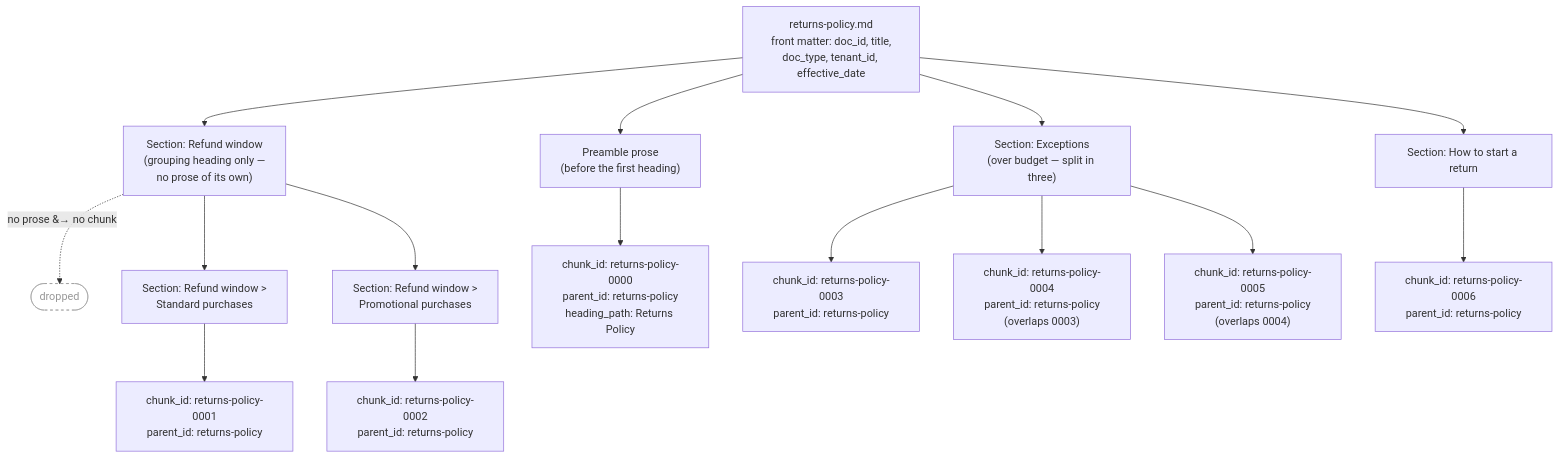
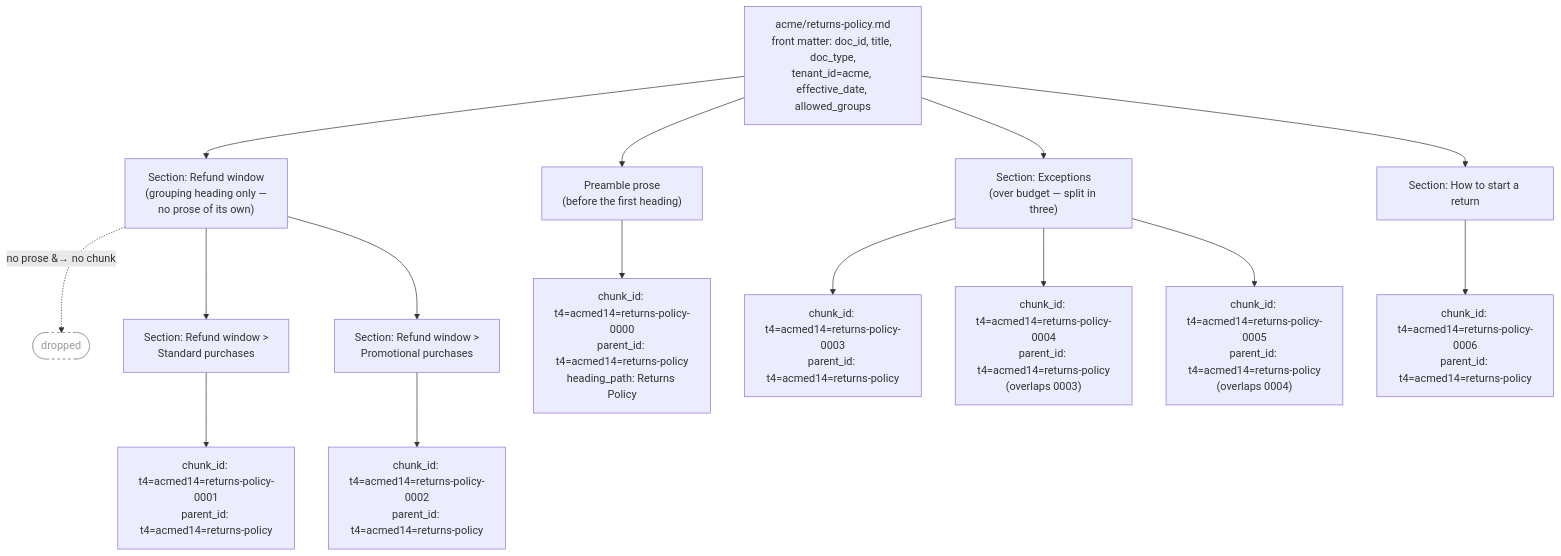
Before and after one commit to kehao-playground/azure-genai-backend-lab: the diagram in docs/diagrams/document-to-chunks.md, drawn with Mermaid. The commit also changed other lines of this file and 7 other files, not shown here.

Commit message:
docs: multi-tenancy contracts, trust boundary, and diagram refresh

````diff
--- a/docs/diagrams/document-to-chunks.md
+++ b/docs/diagrams/document-to-chunks.md
@@ -7,21 +9,21 @@
 ```mermaid
 flowchart TD
-    doc["returns-policy.md<br/>front matter: doc_id, title,<br/>doc_type, tenant_id, effective_date"]
+    doc["acme/returns-policy.md<br/>front matter: doc_id, title, doc_type,<br/>tenant_id=acme, effective_date, allowed_groups"]
     doc --> pre["Preamble prose<br/>(before the first heading)"]
     doc --> grp["Section: Refund window<br/>(grouping heading only —<br/>no prose of its own)"]
     grp -.->|"no prose &#8594; no chunk"| dropped(["dropped"])
     grp --> s1["Section: Refund window &gt;<br/>Standard purchases"]
     grp --> s2["Section: Refund window &gt;<br/>Promotional purchases"]
     doc --> s3["Section: Exceptions<br/>(over budget &mdash; split in three)"]
     doc --> s4["Section: How to start a return"]
-    pre --> c0["chunk_id: returns-policy-0000<br/>parent_id: returns-policy<br/>heading_path: Returns Policy"]
-    s1 --> c1["chunk_id: returns-policy-0001<br/>parent_id: returns-policy"]
-    s2 --> c2["chunk_id: returns-policy-0002<br/>parent_id: returns-policy"]
-    s3 --> c3["chunk_id: returns-policy-0003<br/>parent_id: returns-policy"]
-    s3 --> c4["chunk_id: returns-policy-0004<br/>parent_id: returns-policy<br/>(overlaps 0003)"]
-    s3 --> c5["chunk_id: returns-policy-0005<br/>parent_id: returns-policy<br/>(overlaps 0004)"]
-    s4 --> c6["chunk_id: returns-policy-0006<br/>parent_id: returns-policy"]
+    pre --> c0["chunk_id: t4=acmed14=returns-policy-0000<br/>parent_id: t4=acmed14=returns-policy<br/>heading_path: Returns Policy"]
+    s1 --> c1["chunk_id: t4=acmed14=returns-policy-0001<br/>parent_id: t4=acmed14=returns-policy"]
+    s2 --> c2["chunk_id: t4=acmed14=returns-policy-0002<br/>parent_id: t4=acmed14=returns-policy"]
+    s3 --> c3["chunk_id: t4=acmed14=returns-policy-0003<br/>parent_id: t4=acmed14=returns-policy"]
+    s3 --> c4["chunk_id: t4=acmed14=returns-policy-0004<br/>parent_id: t4=acmed14=returns-policy<br/>(overlaps 0003)"]
+    s3 --> c5["chunk_id: t4=acmed14=returns-policy-0005<br/>parent_id: t4=acmed14=returns-policy<br/>(overlaps 0004)"]
+    s4 --> c6["chunk_id: t4=acmed14=returns-policy-0006<br/>parent_id: t4=acmed14=returns-policy"]
 
     classDef dropped fill:none,stroke:#999,stroke-dasharray: 4 4,color:#999;
     class dropped dropped;
 ```
````
